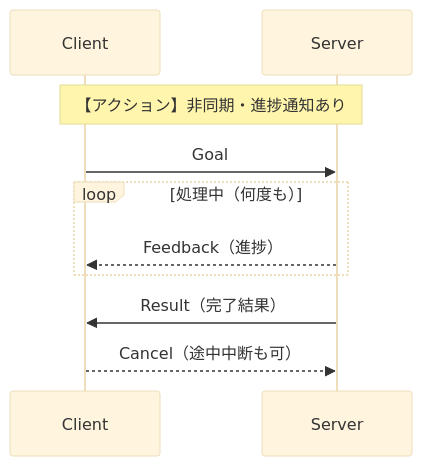
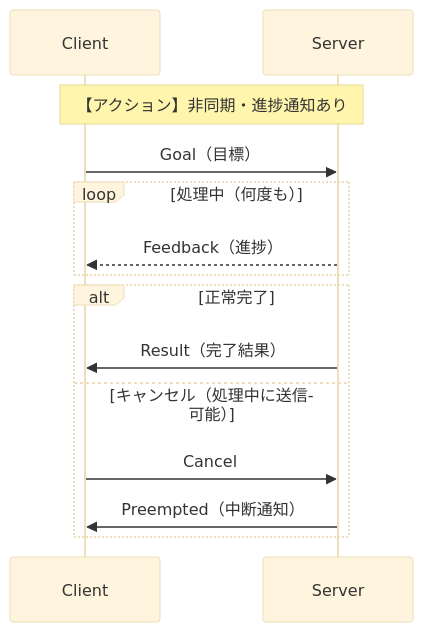
One commit to Harlequinade1123/ros1-tutorials changed the second of 2 diagrams in docs/06_actionlib.md. Above: the diagram before and after it, drawn with Mermaid (base theme). The commit also changed other lines of this file and 1 other file, not shown here.

Commit message:
docs: reconstruct Mermaid diagrams in ch.5-6 for conceptual accuracy

````diff
--- a/docs/06_actionlib.md
+++ b/docs/06_actionlib.md
@@ -25,12 +26,16 @@
 ```mermaid
 sequenceDiagram
     participant C as Client
     participant S as Server
     Note over C,S: 【アクション】非同期・進捗通知あり
-    C->>S: Goal
+    C->>S: Goal（目標）
     loop 処理中（何度も）
         S-->>C: Feedback（進捗）
     end
-    S->>C: Result（完了結果）
-    C-->>S: Cancel（途中中断も可）
+    alt 正常完了
+        S->>C: Result（完了結果）
+    else キャンセル（処理中に送信可能）
+        C->>S: Cancel
+        S->>C: Preempted（中断通知）
+    end
 ```
````
